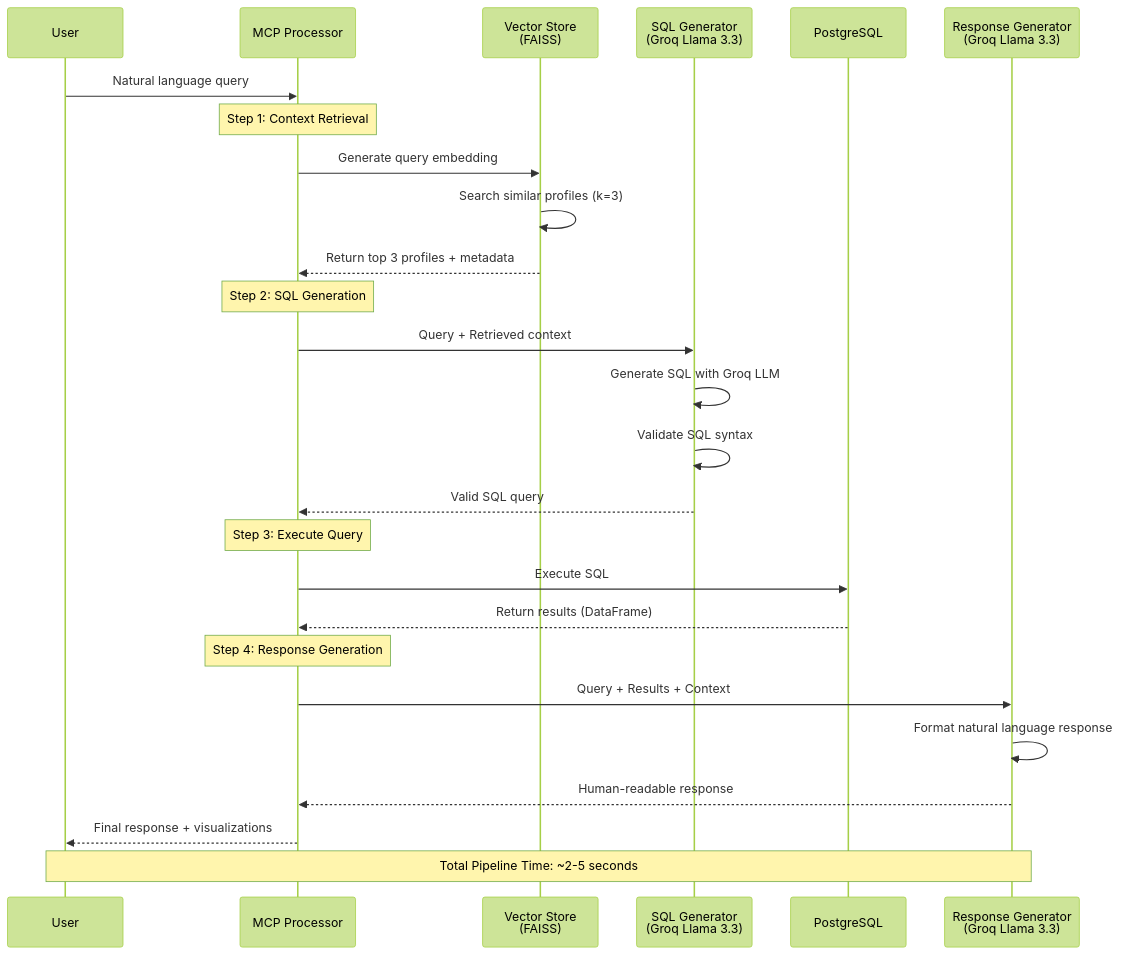
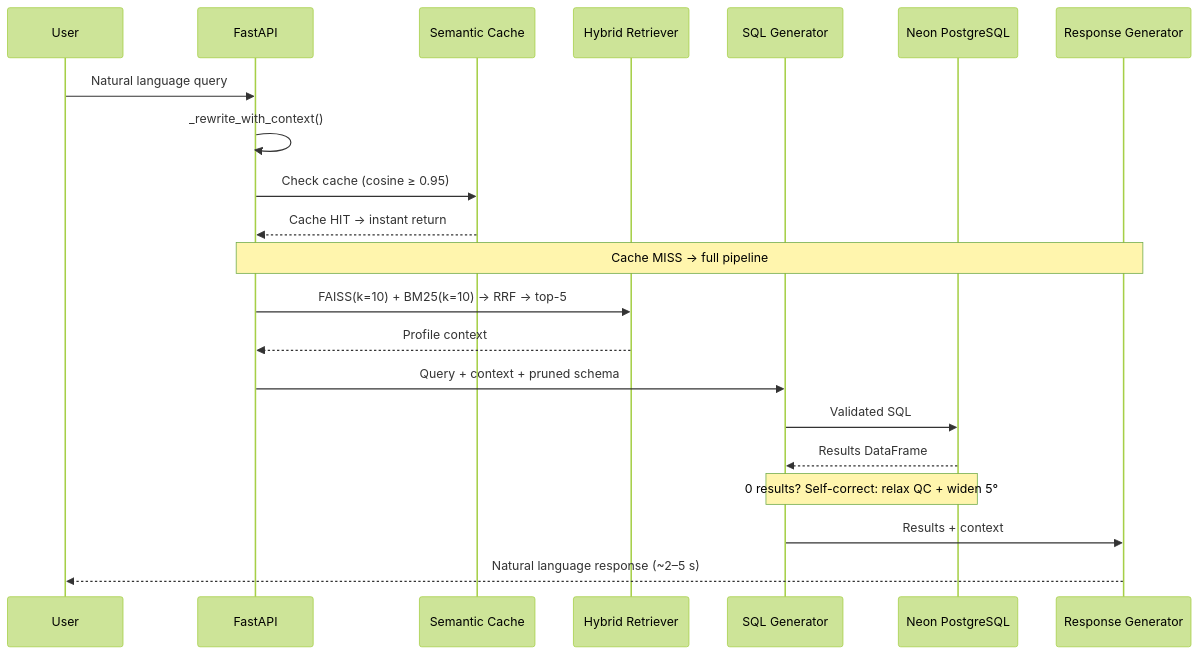
Before and after one commit to Abuzaid-01/Float_Chat: the second of 2 diagrams in README.md, drawn with Mermaid (forest theme). The commit also changed other lines of this file, not shown here.

First line of the commit message:
docs: completely rewrite README to reflect current architecture

````diff
--- a/README.md
+++ b/README.md
@@ -269,35 +144,24 @@
 ```mermaid
 sequenceDiagram
-    participant User
-    participant MCP as MCP Processor
-    participant VS as Vector Store<br/>(FAISS)
-    participant SQL as SQL Generator<br/>(Groq Llama 3.3)
-    participant DB as PostgreSQL
-    participant RG as Response Generator<br/>(Groq Llama 3.3)
-    
-    User->>MCP: Natural language query
-    
-    Note over MCP: Step 1: Context Retrieval
-    MCP->>VS: Generate query embedding
-    VS->>VS: Search similar profiles (k=3)
-    VS-->>MCP: Return top 3 profiles + metadata
-    
-    Note over MCP: Step 2: SQL Generation
-    MCP->>SQL: Query + Retrieved context
-    SQL->>SQL: Generate SQL with Groq LLM
-    SQL->>SQL: Validate SQL syntax
-    SQL-->>MCP: Valid SQL query
-    
-    Note over MCP: Step 3: Execute Query
-    MCP->>DB: Execute SQL
-    DB-->>MCP: Return results (DataFrame)
-    
-    Note over MCP: Step 4: Response Generation
-    MCP->>RG: Query + Results + Context
-    RG->>RG: Format natural language response
-    RG-->>MCP: Human-readable response
-    
-    MCP-->>User: Final response + visualizations
-    
-    Note over User,RG: Total Pipeline Time: ~2-5 seconds
+    participant U as User
+    participant API as FastAPI
+    participant SC as Semantic Cache
+    participant HR as Hybrid Retriever
+    participant SG as SQL Generator
+    participant DB as Neon PostgreSQL
+    participant RG as Response Generator
+
+    U->>API: Natural language query
+    API->>API: _rewrite_with_context()
+    API->>SC: Check cache (cosine ≥ 0.95)
+    SC-->>API: Cache HIT → instant return
+    Note over API,RG: Cache MISS → full pipeline
+    API->>HR: FAISS(k=10) + BM25(k=10) → RRF → top-5
+    HR-->>API: Profile context
+    API->>SG: Query + context + pruned schema
+    SG->>DB: Validated SQL
+    DB-->>SG: Results DataFrame
+    Note over SG,DB: 0 results? Self-correct: relax QC + widen 5°
+    SG->>RG: Results + context
+    RG-->>U: Natural language response (~2–5 s)
 ```
````
